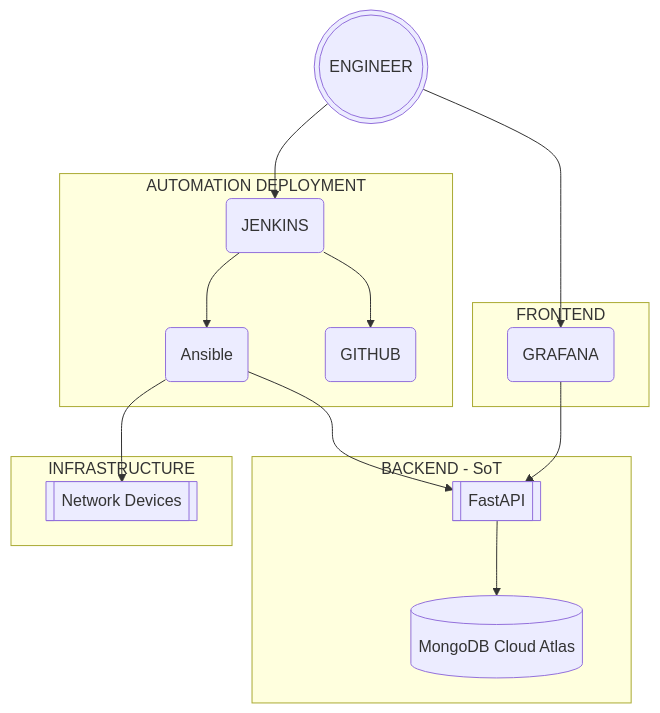
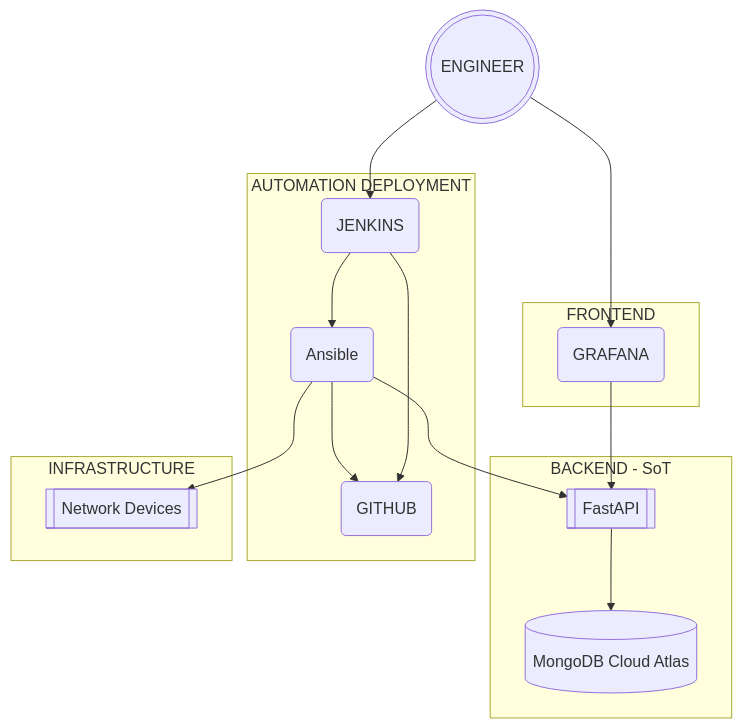
The diagram in diagrams/automation_framework.md (jnaranjom/iac_network_deployment), drawn with Mermaid before and after one commit.

````diff
--- a/diagrams/automation_framework.md
+++ b/diagrams/automation_framework.md
@@ -3,27 +3,28 @@
 ```mermaid
 flowchart TB
     A[(MongoDB Cloud Atlas)]
     B[[FastAPI]]
     D(Ansible)
     E[[Network Devices]]
     F(((ENGINEER)))
     G(GRAFANA)
     H(JENKINS)
     I(GITHUB)
     subgraph BACKEND - SoT
         B --> A
     end
     subgraph FRONTEND
         G --> B
     end
     F --> H
     F --> G
     subgraph AUTOMATION DEPLOYMENT
         D --> B
+        D --> I
         H --> I
         H --> D
     end
     subgraph INFRASTRUCTURE
         D --> E
     end
 ```
````
